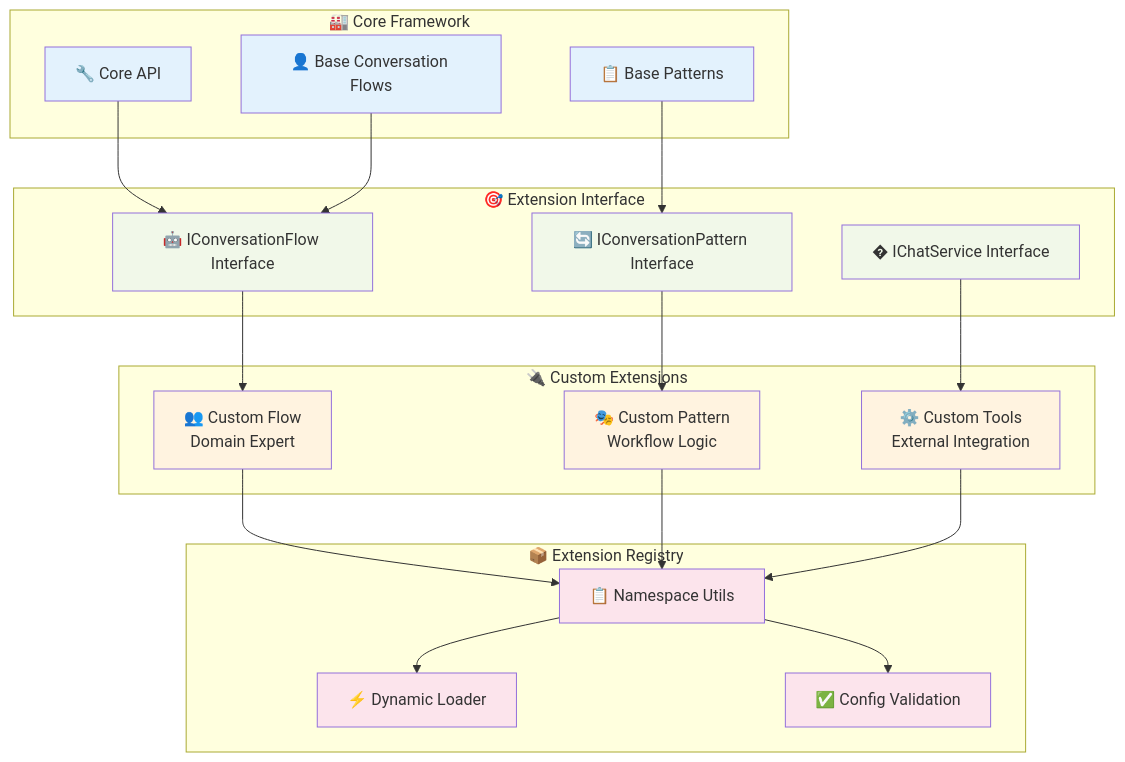
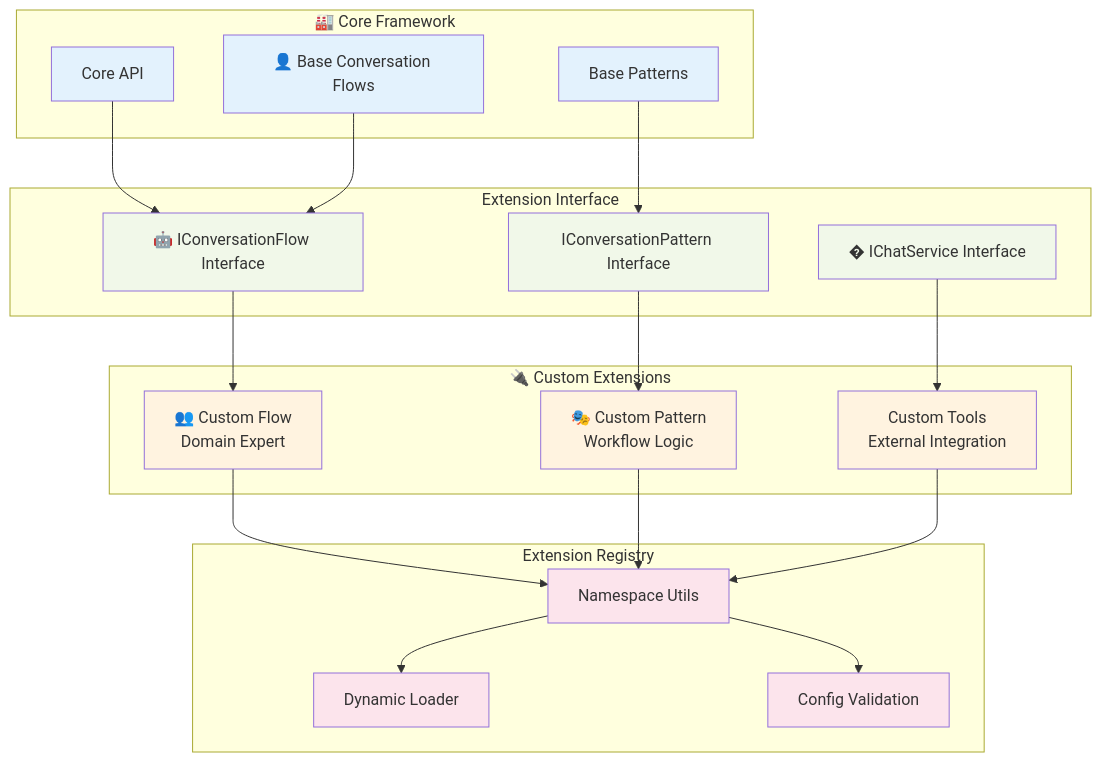
One commit to the-ingenious-dark-knight/Insight_Ingenious changed the eighth of 13 diagrams in docs/architecture/README.md. Above: the diagram before and after it, drawn with Mermaid. The commit also changed other lines of this file and 23 other files, not shown here.

````diff
--- a/docs/architecture/README.md
+++ b/docs/architecture/README.md
@@ -402,51 +402,51 @@
 ```mermaid
 graph TB
     subgraph "🏭 Core Framework"
-        CORE_API[🔧 Core API]
+        CORE_API[ Core API]
         CORE_FLOWS[👤 Base Conversation Flows]
-        CORE_PATTERNS[📋 Base Patterns]
+        CORE_PATTERNS[ Base Patterns]
     end
 
-    subgraph "🎯 Extension Interface"
+    subgraph " Extension Interface"
         FLOW_INTERFACE[🤖 IConversationFlow Interface]
-        PATTERN_INTERFACE[🔄 IConversationPattern Interface]
+        PATTERN_INTERFACE[ IConversationPattern Interface]
         CHAT_INTERFACE[� IChatService Interface]
     end
 
     subgraph "🔌 Custom Extensions"
         CUSTOM_FLOW[👥 Custom Flow<br/>Domain Expert]
         CUSTOM_PATTERN[🎭 Custom Pattern<br/>Workflow Logic]
-        CUSTOM_TOOLS[⚙️ Custom Tools<br/>External Integration]
+        CUSTOM_TOOLS[ Custom Tools<br/>External Integration]
     end
 
-    subgraph "📦 Extension Registry"
-        NAMESPACE_LOADER[📋 Namespace Utils]
-        DYNAMIC_LOADER[⚡ Dynamic Loader]
-        CONFIG_VALIDATOR[✅ Config Validation]
+    subgraph " Extension Registry"
+        NAMESPACE_LOADER[ Namespace Utils]
+        DYNAMIC_LOADER[ Dynamic Loader]
+        CONFIG_VALIDATOR[ Config Validation]
     end
 
     CORE_API --> FLOW_INTERFACE
     CORE_FLOWS --> FLOW_INTERFACE
     CORE_PATTERNS --> PATTERN_INTERFACE
 
     FLOW_INTERFACE --> CUSTOM_FLOW
     PATTERN_INTERFACE --> CUSTOM_PATTERN
     CHAT_INTERFACE --> CUSTOM_TOOLS
 
     CUSTOM_FLOW --> NAMESPACE_LOADER
     CUSTOM_PATTERN --> NAMESPACE_LOADER
     CUSTOM_TOOLS --> NAMESPACE_LOADER
 
     NAMESPACE_LOADER --> DYNAMIC_LOADER
     NAMESPACE_LOADER --> CONFIG_VALIDATOR
 
     classDef core fill:#e3f2fd
     classDef interface fill:#f1f8e9
     classDef custom fill:#fff3e0
     classDef registry fill:#fce4ec
 
     class CORE_API,CORE_FLOWS,CORE_PATTERNS core
     class FLOW_INTERFACE,PATTERN_INTERFACE,CHAT_INTERFACE interface
     class CUSTOM_FLOW,CUSTOM_PATTERN,CUSTOM_TOOLS custom
     class NAMESPACE_LOADER,DYNAMIC_LOADER,CONFIG_VALIDATOR registry
 ```
````
